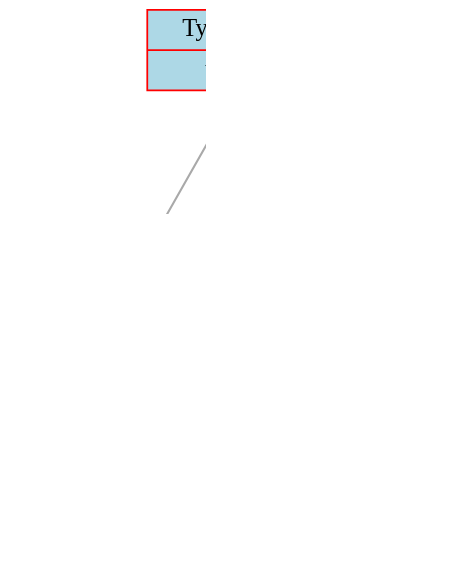
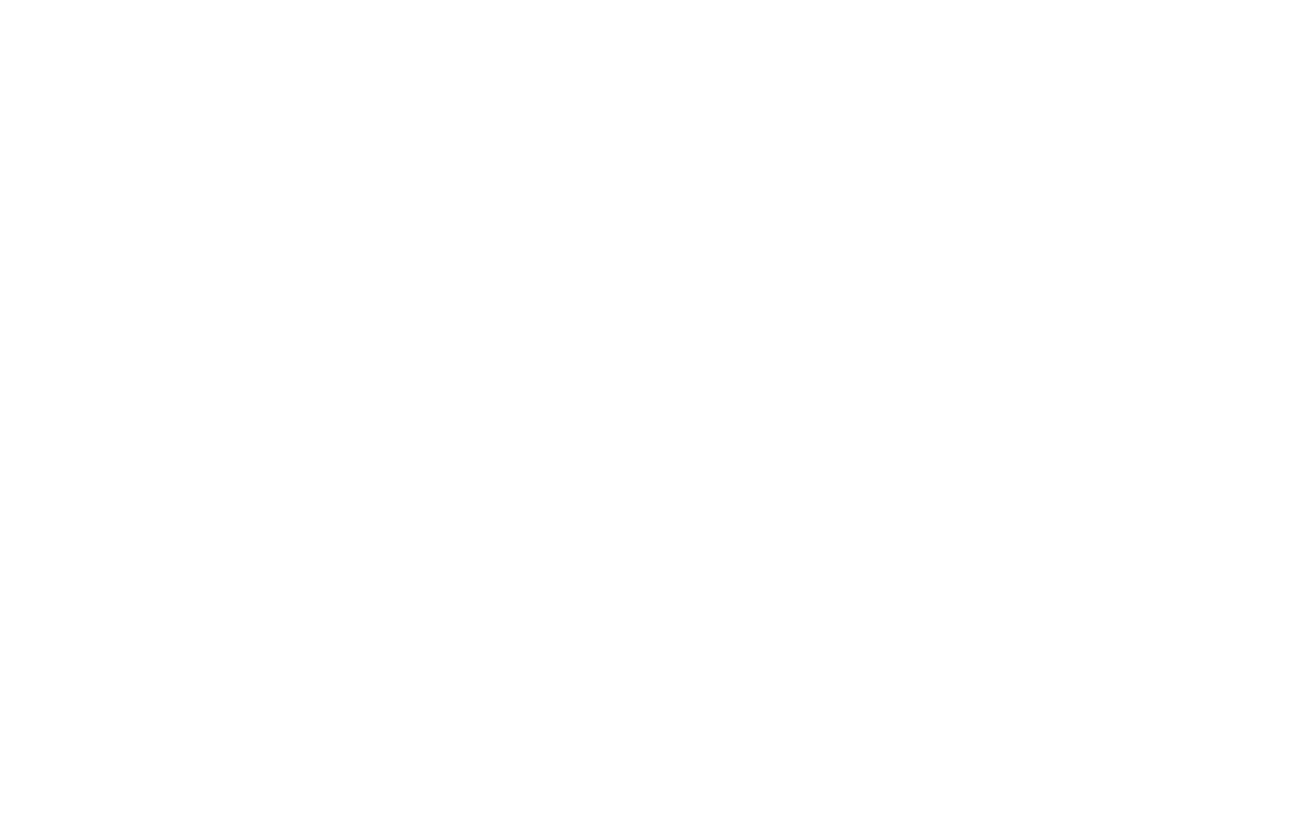
The diagram in data/graph.dot (dodokek/Derivative-Calculator), drawn with Graphviz before and after one commit. The commit also changed 6 other files, not shown here.

```diff
--- a/data/graph.dot
+++ b/data/graph.dot
@@ -1,22 +1,46 @@
 
     digraph g {
         dpi      = 200;
         fontname = "Comic Sans MS";
         fontsize = 20;
         rankdir   =  TB;
         edge [color = darkgrey, arrowhead = onormal, arrowsize = 1, penwidth = 1.2]
         graph[fillcolor = lightgreen, ranksep = 1.3, nodesep = 0.5,
         style = "rounded, filled",color = green, penwidth = 2]
 
-    Node0000021661051740[shape=record, width=0.2, style="filled", color="red", fillcolor="lightblue",label=" {Type: operation | value: \cdot}"] 
+    Node0000022302061890[shape=record, width=0.2, style="filled", color="red", fillcolor="lightblue",label=" {Type: operation | value: +}"] 
  
-Node0000021661051710[shape=record, width=0.2, style="filled", color="red", fillcolor="lightblue",label=" {Type: operation | value: cos}"] 
+Node0000022302061770[shape=record, width=0.2, style="filled", color="red", fillcolor="lightblue",label=" {Type: operation | value: +}"] 
  
-Node00000216610516e0[shape=record, width=0.2, style="filled", color="red", fillcolor="lightblue",label=" {Type: variable | value: X}"] 
+Node00000223020616e0[shape=record, width=0.2, style="filled", color="red", fillcolor="lightblue",label=" {Type: operation | value: +}"] 
  
-Node00000216610516b0[shape=record, width=0.2, style="filled", color="red", fillcolor="lightblue",label=" {Type: number | value: 1}"] 
+Node0000022302061680[shape=record, width=0.2, style="filled", color="red", fillcolor="lightblue",label=" {Type: number | value: 5}"] 
  
-Node0000021661051740->Node0000021661051710
-Node0000021661051710->Node00000216610516e0
-Node0000021661051740->Node00000216610516b0
+Node00000223020616b0[shape=record, width=0.2, style="filled", color="red", fillcolor="lightblue",label=" {Type: number | value: 5}"] 
+ 
+Node0000022302061740[shape=record, width=0.2, style="filled", color="red", fillcolor="lightblue",label=" {Type: operation | value: sin}"] 
+ 
+Node0000022302061710[shape=record, width=0.2, style="filled", color="red", fillcolor="lightblue",label=" {Type: variable | value: X}"] 
+ 
+Node0000022302061860[shape=record, width=0.2, style="filled", color="red", fillcolor="lightblue",label=" {Type: operation | value: \cdot}"] 
+ 
+Node00000223020617d0[shape=record, width=0.2, style="filled", color="red", fillcolor="lightblue",label=" {Type: operation | value: cos}"] 
+ 
+Node00000223020617a0[shape=record, width=0.2, style="filled", color="red", fillcolor="lightblue",label=" {Type: variable | value: X}"] 
+ 
+Node0000022302061830[shape=record, width=0.2, style="filled", color="red", fillcolor="lightblue",label=" {Type: operation | value: ln}"] 
+ 
+Node0000022302061800[shape=record, width=0.2, style="filled", color="red", fillcolor="lightblue",label=" {Type: variable | value: X}"] 
+ 
+Node0000022302061890->Node0000022302061770
+Node0000022302061770->Node00000223020616e0
+Node00000223020616e0->Node0000022302061680
+Node00000223020616e0->Node00000223020616b0
+Node0000022302061770->Node0000022302061740
+Node0000022302061740->Node0000022302061710
+Node0000022302061890->Node0000022302061860
+Node0000022302061860->Node00000223020617d0
+Node00000223020617d0->Node00000223020617a0
+Node0000022302061860->Node0000022302061830
+Node0000022302061830->Node0000022302061800
 }
```
